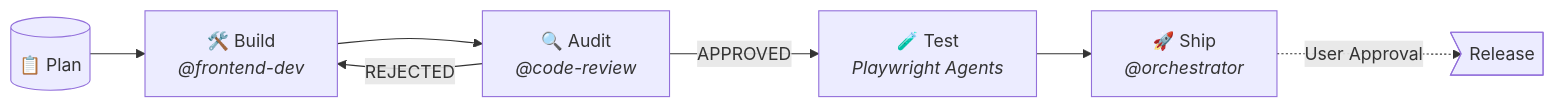
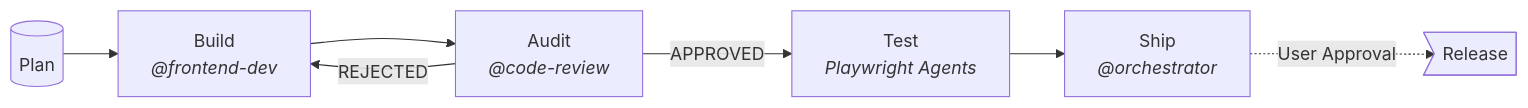
One commit to KiKDraS/opencode-landing-page-template changed the diagram in README.md. Above: the diagram before and after it, drawn with Mermaid. The commit also changed other lines of this file and 2 other files, not shown here.

````diff
--- a/README.md
+++ b/README.md
@@ -404,15 +362,15 @@
 ```mermaid
 flowchart LR
-    P[("📋 Plan")]
-    B["🛠️ Build<br/><i>@frontend-dev</i>"]
-    A["🔍 Audit<br/><i>@code-review</i>"]
-    T["🧪 Test<br/><i>Playwright Agents</i>"]
-    S["🚀 Ship<br/><i>@orchestrator</i>"]
+    P[("Plan")]
+    B["Build<br/><i>@frontend-dev</i>"]
+    A["Audit<br/><i>@code-review</i>"]
+    T["Test<br/><i>Playwright Agents</i>"]
+    S["Ship<br/><i>@orchestrator</i>"]
 
     P --> B
     B --> A
     A -->|REJECTED| B
     A -->|APPROVED| T
     T --> S
     S -.->|User Approval| R>"Release"]
 ```
````
